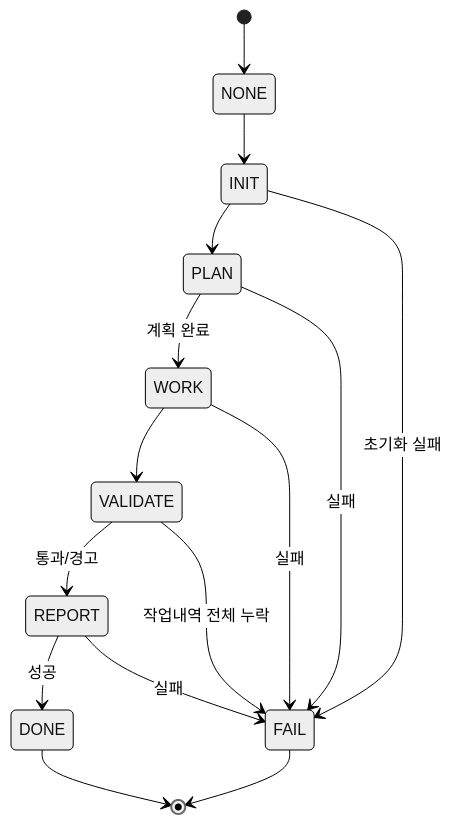
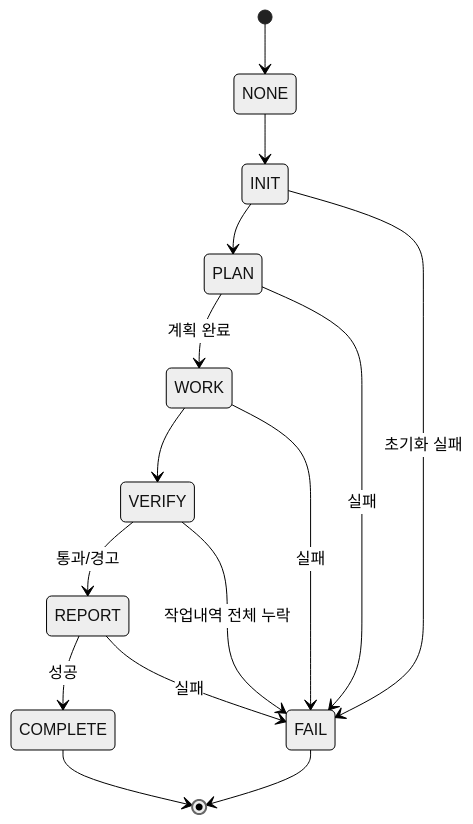
The diagram in .claude/skills/workflow-orchestration/SKILL.md (KoreanLeeChangHyun/agent-factory), drawn with Mermaid (neutral theme) before and after one commit. The commit also changed other lines of this file and 2 other files, not shown here.

Commit message:
docs: align orchestration skill work request terms

````diff
--- a/.claude/skills/workflow-orchestration/SKILL.md
+++ b/.claude/skills/workflow-orchestration/SKILL.md
@@ -14,17 +14,17 @@
 ```mermaid
 stateDiagram-v2
     [*] --> NONE
     NONE --> INIT
     INIT --> PLAN
     INIT --> FAIL: 초기화 실패
     PLAN --> WORK: 계획 완료
     PLAN --> FAIL: 실패
-    WORK --> VALIDATE
+    WORK --> VERIFY
     WORK --> FAIL: 실패
-    VALIDATE --> REPORT: 통과/경고
-    VALIDATE --> FAIL: 작업내역 전체 누락
-    REPORT --> DONE: 성공
+    VERIFY --> REPORT: 통과/경고
+    VERIFY --> FAIL: 작업내역 전체 누락
+    REPORT --> COMPLETE: 성공
     REPORT --> FAIL: 실패
-    DONE --> [*]
+    COMPLETE --> [*]
     FAIL --> [*]
 ```
````
